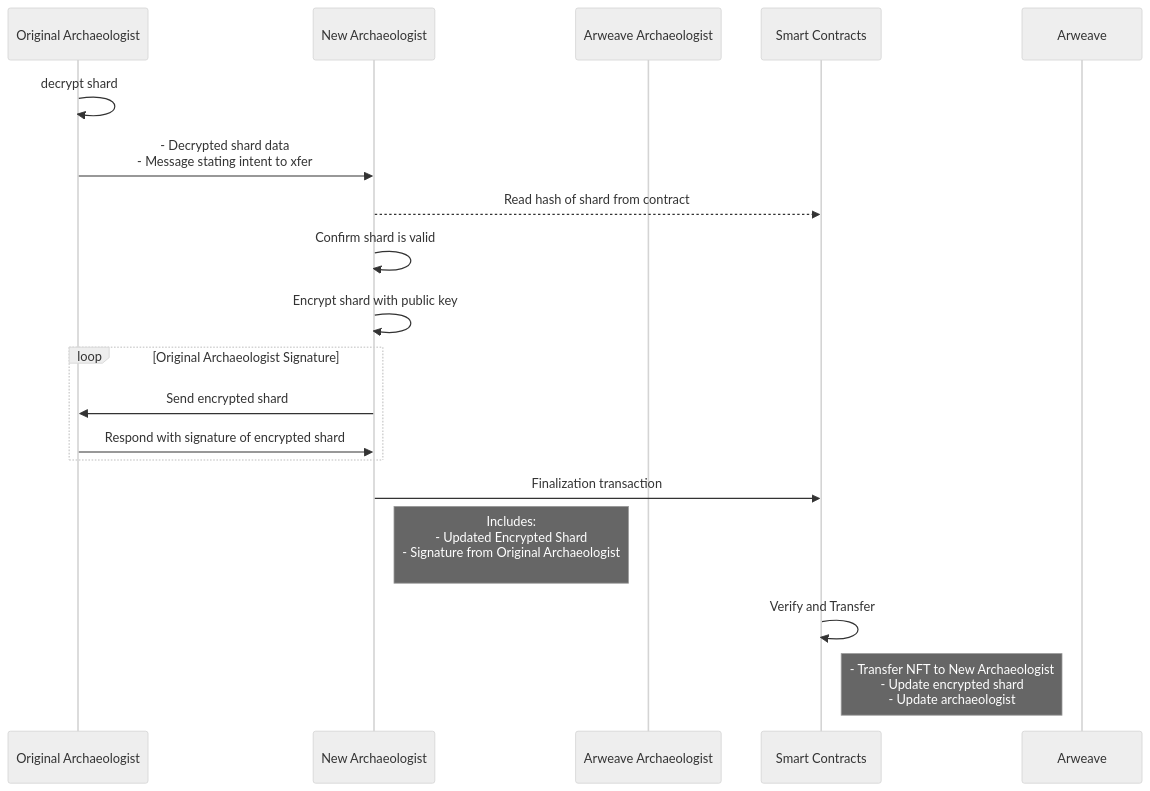
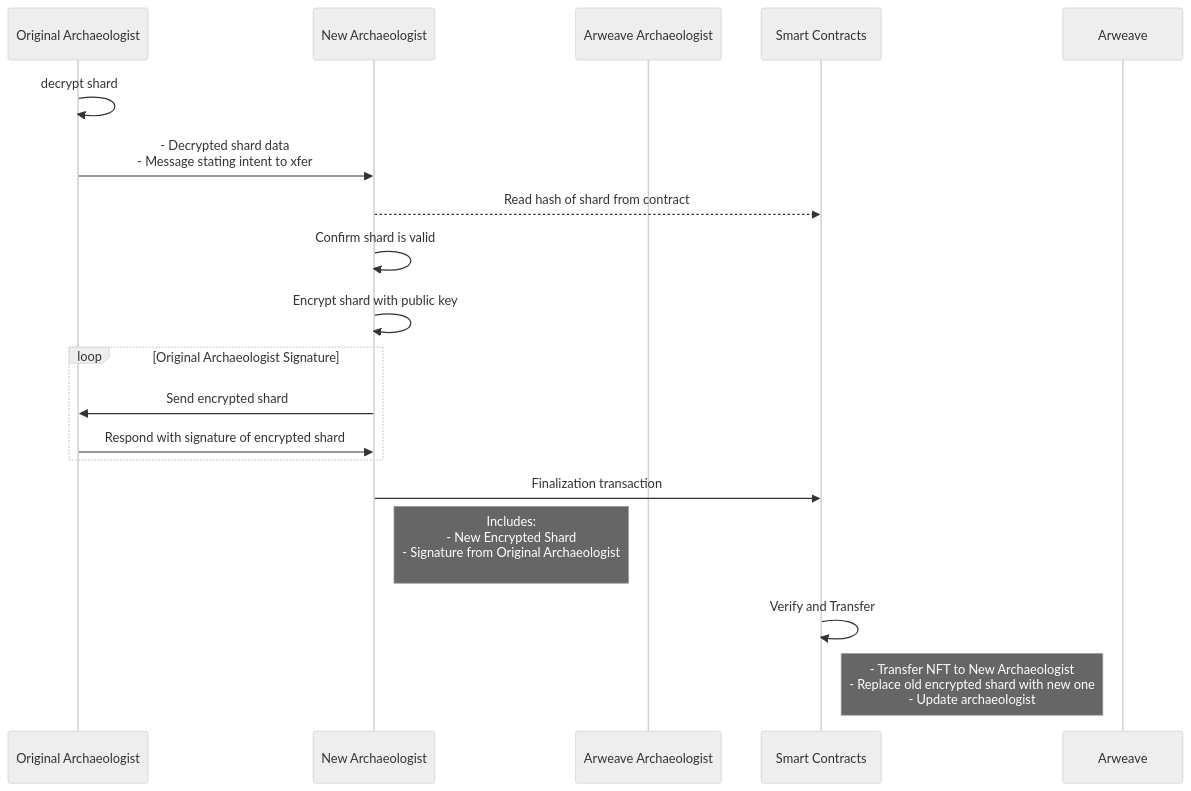
Before and after one commit to sarcophagus-org/sarcophagus-v2-specs: the diagram in transfer-sarcophagus-rights-and-responsibilities.md, drawn with Mermaid (neutral theme).

````diff
--- a/transfer-sarcophagus-rights-and-responsibilities.md
+++ b/transfer-sarcophagus-rights-and-responsibilities.md
@@ -1,32 +1,32 @@
 ```mermaid
 sequenceDiagram
   participant Original Archaeologist
   participant New Archaeologist
   participant Arweave Archaeologist
   participant Smart Contracts
   participant Arweave
 
   Original Archaeologist->>Original Archaeologist: decrypt shard
 
   Original Archaeologist->>New Archaeologist: - Decrypted shard data<br/>- Message stating intent to xfer
 
   New Archaeologist-->>Smart Contracts: Read hash of shard from contract
 
   New Archaeologist->>New Archaeologist: Confirm shard is valid
 
   New Archaeologist->>New Archaeologist: Encrypt shard with public key
 
   loop Original Archaeologist Signature
     New Archaeologist->>Original Archaeologist: Send encrypted shard
 
     Original Archaeologist->>New Archaeologist: Respond with signature of encrypted shard
   end
 
   New Archaeologist->>Smart Contracts: Finalization transaction
 
-  Note right of New Archaeologist: Includes:<br/>- Updated Encrypted Shard<br/>- Signature from Original Archaeologist<br/>
+  Note right of New Archaeologist: Includes:<br/>- New Encrypted Shard<br/>- Signature from Original Archaeologist<br/>
 
   Smart Contracts->>Smart Contracts: Verify and Transfer
 
-  Note right of Smart Contracts: - Transfer NFT to New Archaeologist <br>- Update encrypted shard <br>- Update archaeologist
+  Note right of Smart Contracts: - Transfer NFT to New Archaeologist <br>- Replace old encrypted shard with new one <br>- Update archaeologist
 ```
````
